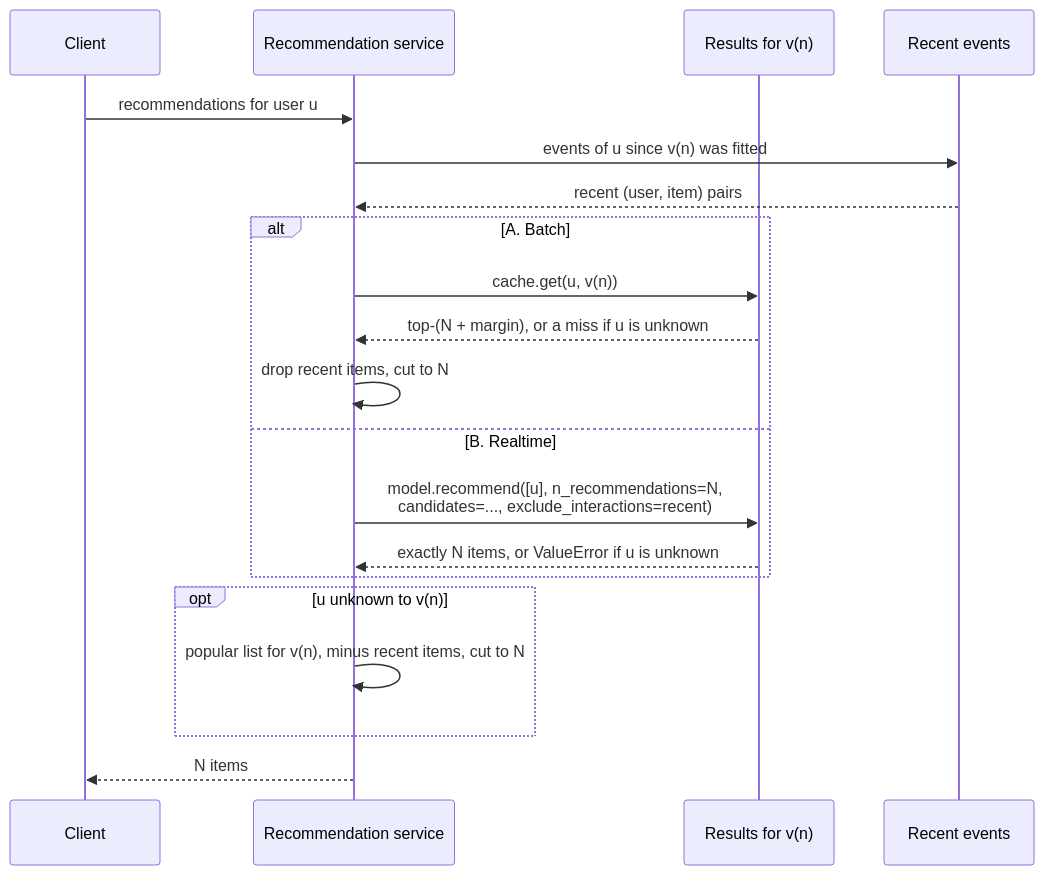
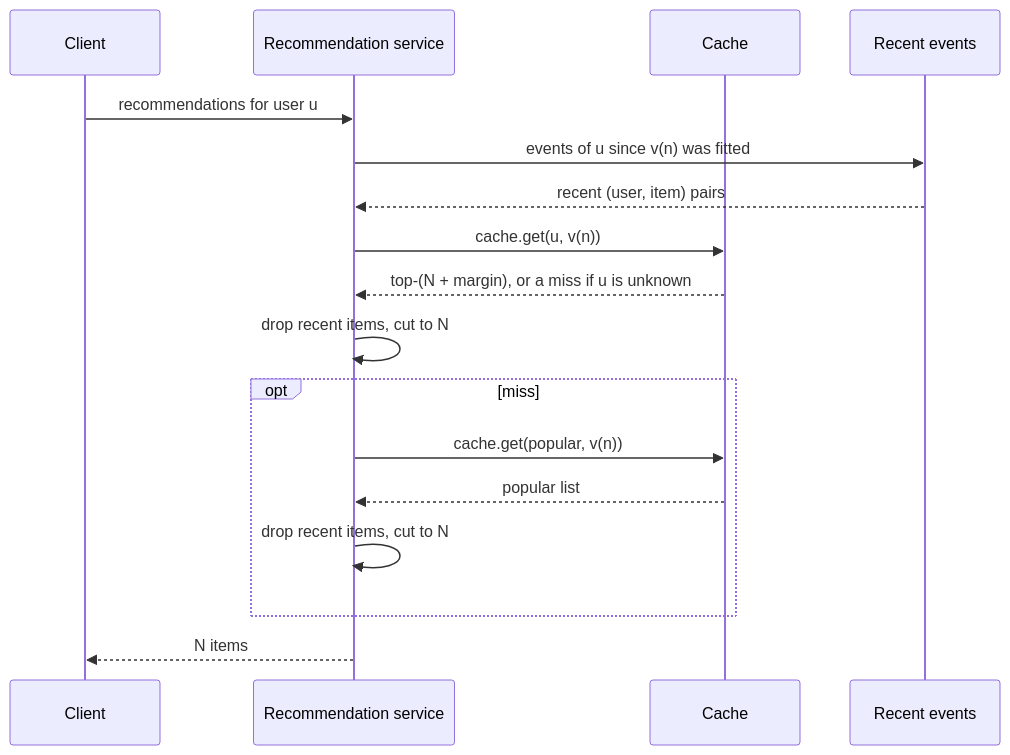
Before and after one commit to mrk-andreev/skrecsys: the fifth of 7 diagrams in README.md, drawn with Mermaid. The commit also changed other lines of this file and 212 other files, not shown here.

````diff
--- a/README.md
+++ b/README.md
@@ -318,23 +937,20 @@
 ```mermaid
 sequenceDiagram
     participant C as Client
     participant S as Recommendation service
-    participant V as Results for v(n)
+    participant V as Cache
     participant R as Recent events
 
     C->>S: recommendations for user u
     S->>R: events of u since v(n) was fitted
     R-->>S: recent (user, item) pairs
-    alt A. Batch
-        S->>V: cache.get(u, v(n))
-        V-->>S: top-(N + margin), or a miss if u is unknown
+    S->>V: cache.get(u, v(n))
+    V-->>S: top-(N + margin), or a miss if u is unknown
+    S->>S: drop recent items, cut to N
+    opt miss
+        S->>V: cache.get(popular, v(n))
+        V-->>S: popular list
         S->>S: drop recent items, cut to N
-    else B. Realtime
-        S->>V: model.recommend([u], n_recommendations=N,<br/>candidates=..., exclude_interactions=recent)
-        V-->>S: exactly N items, or ValueError if u is unknown
-    end
-    opt u unknown to v(n)
-        S->>S: popular list for v(n), minus recent items, cut to N
     end
     S-->>C: N items
 ```
````
